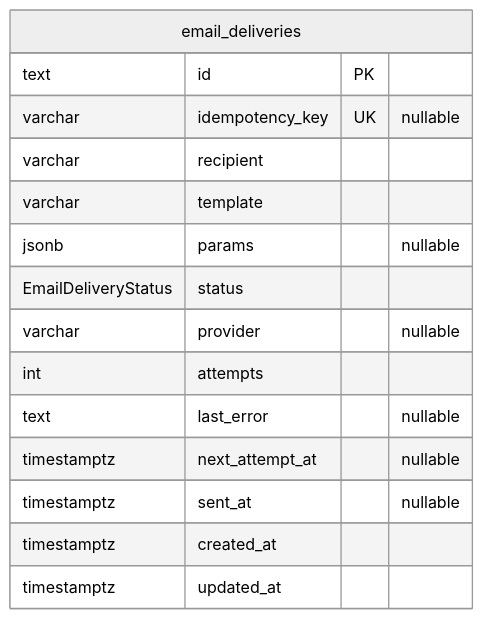
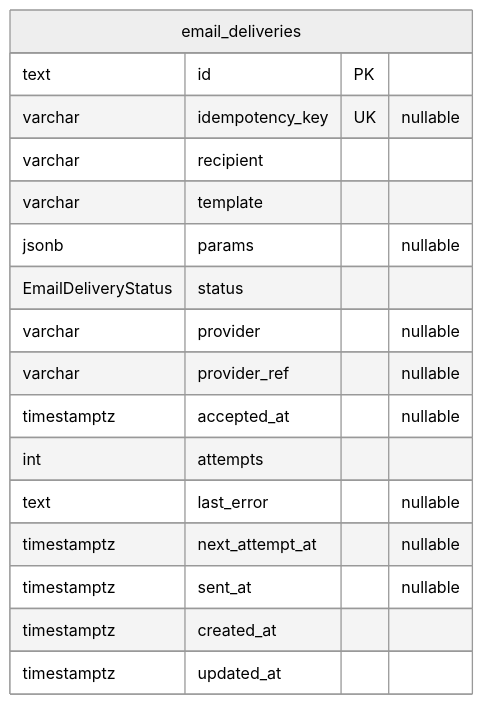
The diagram in docs/notification-service/schema.md (PCPI-UN/Iris), drawn with Mermaid (neutral theme) before and after one commit. The commit also changed other lines of this file and 2 other files, not shown here.

Commit message:
[CU-86e3vmz0f]: Agregar provider_ref y accepted_at a email_deliveries

````diff
--- a/docs/notification-service/schema.md
+++ b/docs/notification-service/schema.md
@@ -9,18 +9,20 @@
 ```mermaid
 erDiagram
     email_deliveries {
         text id PK
         varchar idempotency_key UK "nullable"
         varchar recipient
         varchar template
         jsonb params "nullable"
         EmailDeliveryStatus status
         varchar provider "nullable"
+        varchar provider_ref "nullable"
+        timestamptz accepted_at "nullable"
         int attempts
         text last_error "nullable"
         timestamptz next_attempt_at "nullable"
         timestamptz sent_at "nullable"
         timestamptz created_at
         timestamptz updated_at
     }
 ```
````
